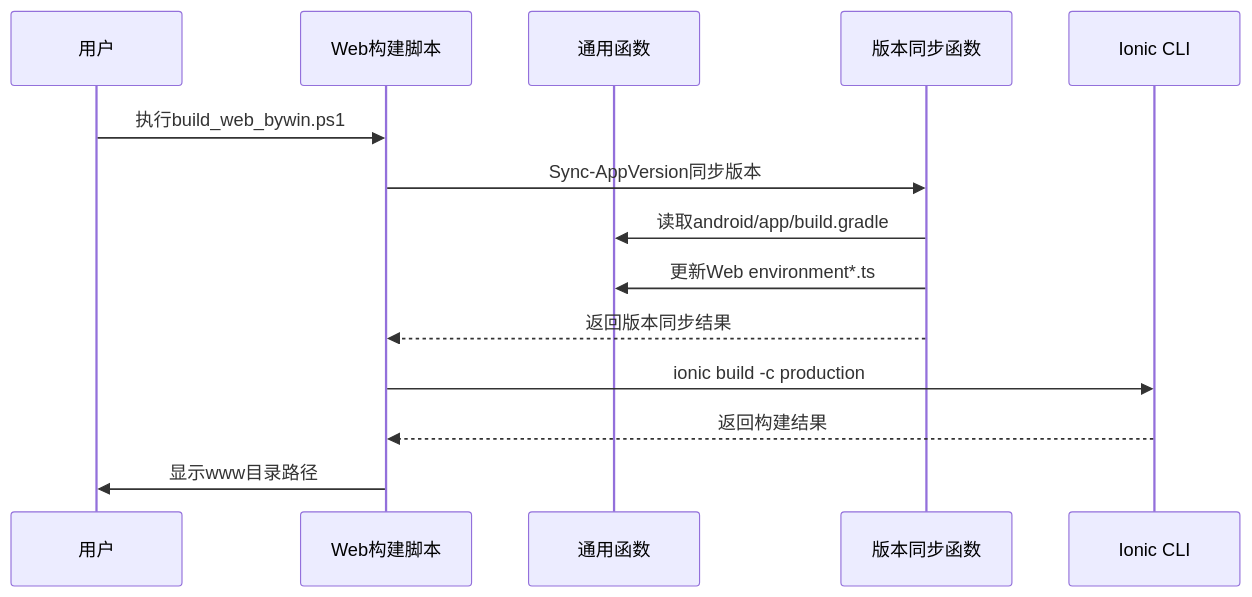
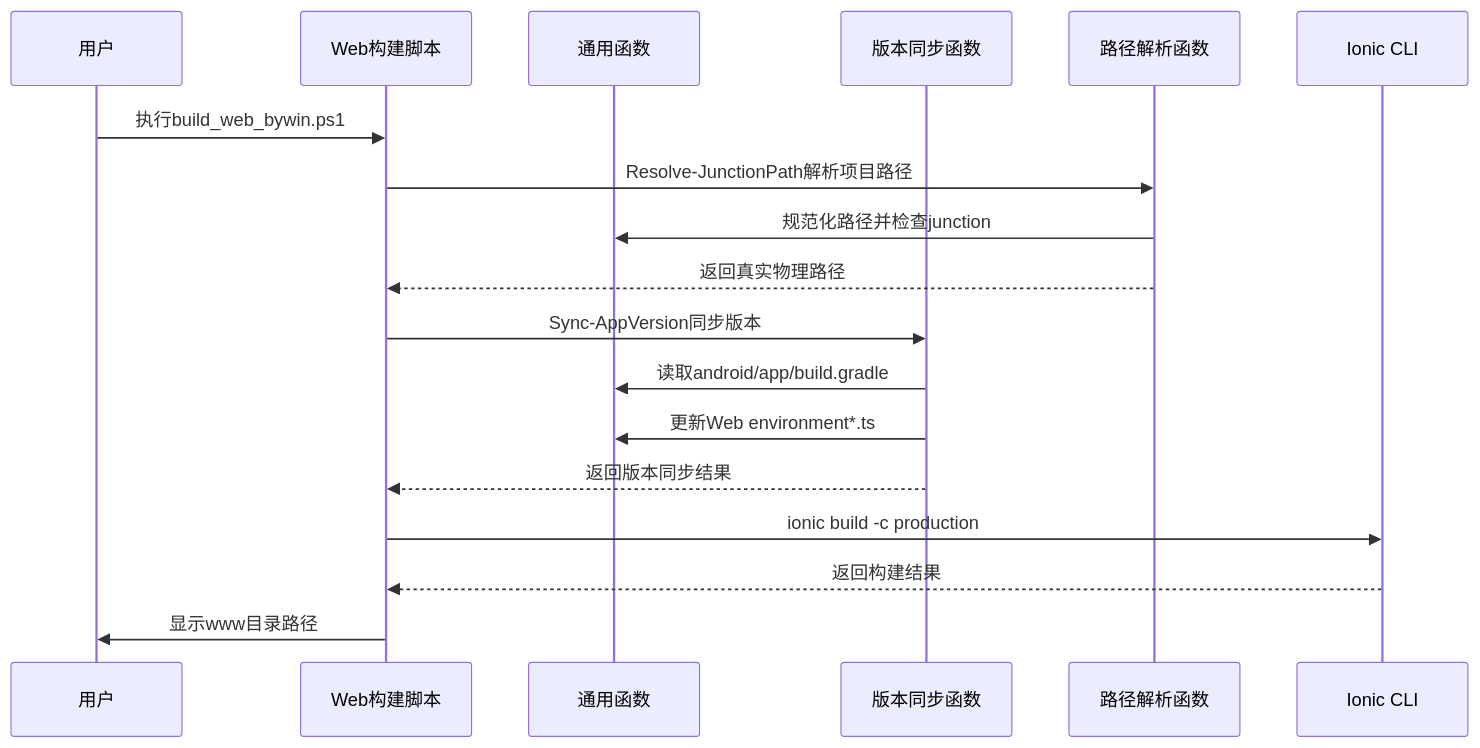
Before and after one commit to tea4go/Macro-Deck-Client-App: the fifth of 10 diagrams in .qoder/repowiki/zh/content/构建与部署/Windows PowerShell自动化.md, drawn with Mermaid. The commit also changed other lines of this file and 15 other files, not shown here.

````diff
--- a/.qoder/repowiki/zh/content/构建与部署/Windows PowerShell自动化.md
+++ b/.qoder/repowiki/zh/content/构建与部署/Windows PowerShell自动化.md
@@ -718,16 +722,20 @@
 ```mermaid
 sequenceDiagram
 participant User as 用户
 participant BuildScript as Web构建脚本
 participant Common as 通用函数
 participant VersionSync as 版本同步函数
+participant JunctionPath as 路径解析函数
 participant Ionic as Ionic CLI
 User->>BuildScript : 执行build_web_bywin.ps1
+BuildScript->>JunctionPath : Resolve-JunctionPath解析项目路径
+JunctionPath->>Common : 规范化路径并检查junction
+JunctionPath-->>BuildScript : 返回真实物理路径
 BuildScript->>VersionSync : Sync-AppVersion同步版本
 VersionSync->>Common : 读取android/app/build.gradle
 VersionSync->>Common : 更新Web environment*.ts
 VersionSync-->>BuildScript : 返回版本同步结果
 BuildScript->>Ionic : ionic build -c production
 Ionic-->>BuildScript : 返回构建结果
 BuildScript->>User : 显示www目录路径
 ```
````
